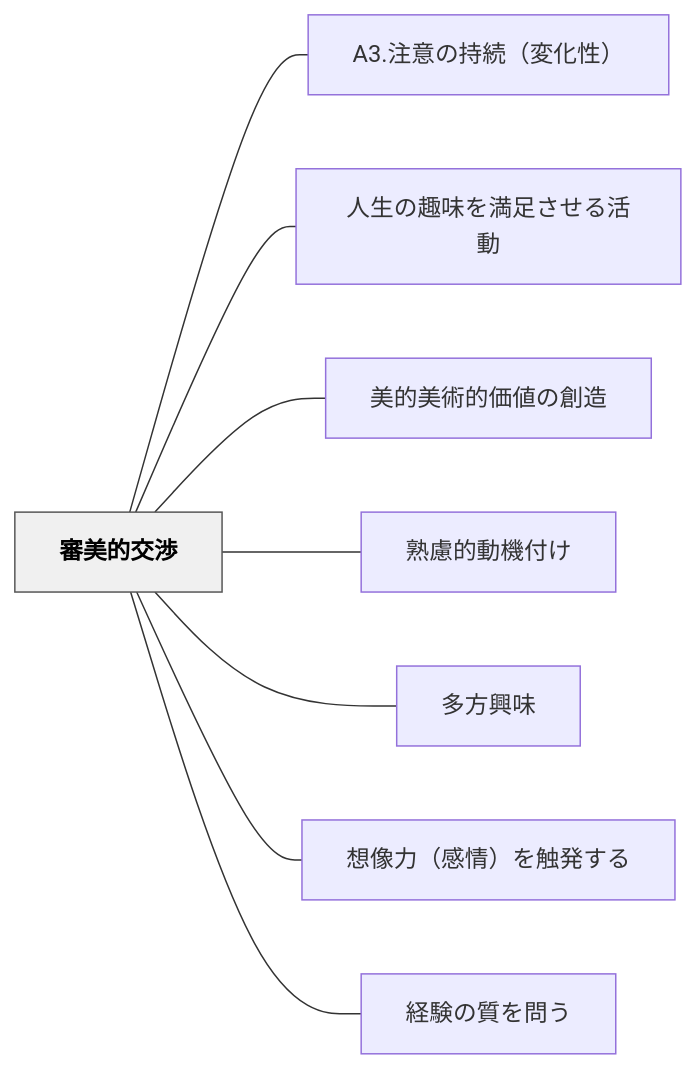
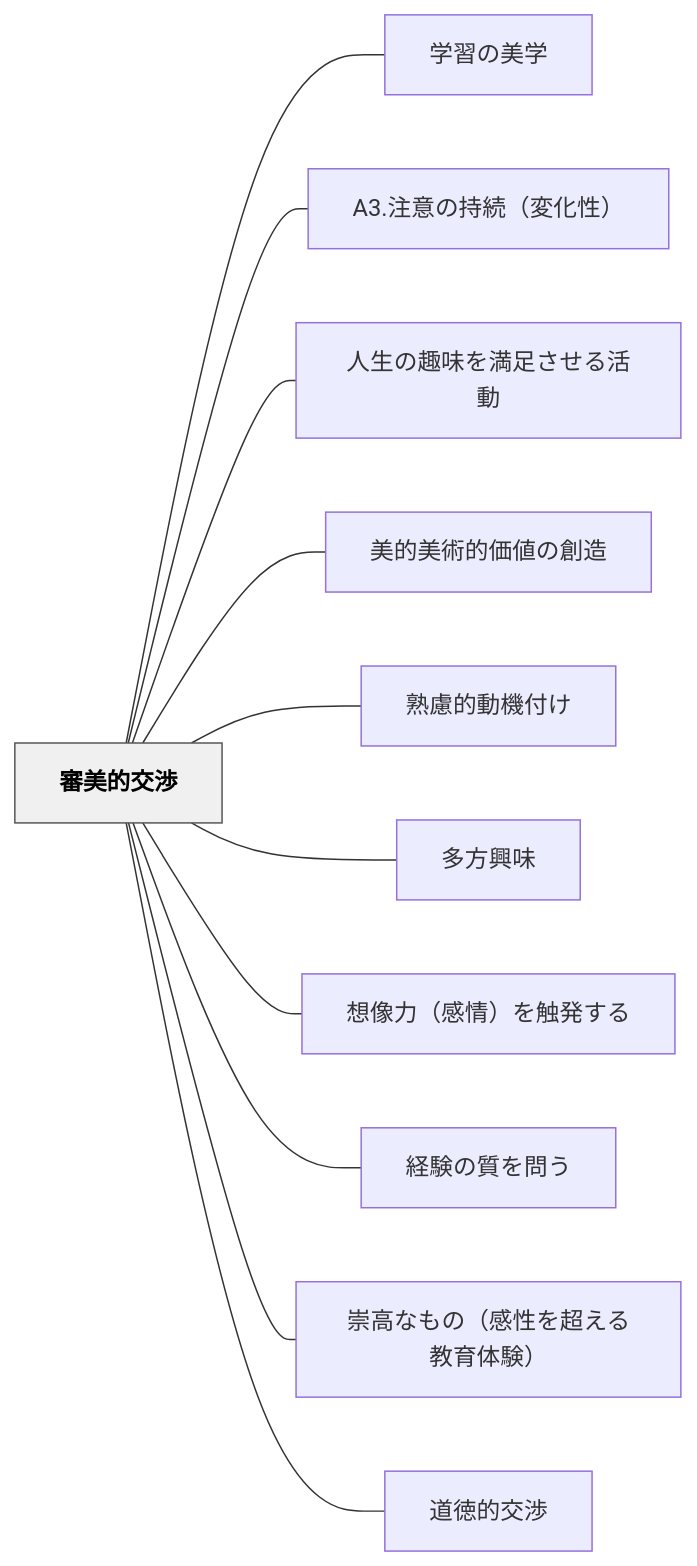
Before and after one commit to unknownthings-ed-patterns/unknownthings-ed-patterns: the diagram in content/パタン/審美的交渉.md, drawn with Mermaid. The commit also changed other lines of this file and 14 other files, not shown here.

````diff
--- a/content/パタン/審美的交渉.md
+++ b/content/パタン/審美的交渉.md
@@ -37,22 +51,28 @@
 ```mermaid
 flowchart LR
     ne5afa9e7be8ee79a84e4baa4e6b889["審美的交渉"]
+    ne5ada6e7bf92e381aee7be8ee5ada6["学習の美学"]
     n41332ee6b3a8e6848fe381aee68c81e7b69aefbc88e5a489e58c96e680a7efbc89["A3.注意の持続（変化性）"]
     ne4babae7949fe381aee8b6a3e591b3e38292e6ba80e8b6b3e38195e3819be3828be6b4bbe58b95["人生の趣味を満足させる活動"]
     ne7be8ee79a84e7be8ee8a193e79a84e4bea1e580a4e381aee589b5e980a0["美的美術的価値の創造"]
     ne7869fe685aee79a84e58b95e6a99fe4bb98e38191["熟慮的動機付け"]
     ne5a49ae696b9e88888e591b3["多方興味"]
     ne683b3e5838fe58a9befbc88e6849fe68385efbc89e38292e8a7a6e799bae38199e3828b["想像力（感情）を触発する"]
     ne7b58ce9a893e381aee8b3aae38292e5958fe38186["経験の質を問う"]
+    ne5b487e9ab98e381aae38282e381aeefbc88e6849fe680a7e38292e8b685e38188e3828be69599e882b2e4bd93e9a893efbc89["崇高なもの（感性を超える教育体験）"]
+    ne98193e5beb3e79a84e4baa4e6b889["道徳的交渉"]
 
+    ne5afa9e7be8ee79a84e4baa4e6b889 --- ne5ada6e7bf92e381aee7be8ee5ada6
     ne5afa9e7be8ee79a84e4baa4e6b889 --- n41332ee6b3a8e6848fe381aee68c81e7b69aefbc88e5a489e58c96e680a7efbc89
     ne5afa9e7be8ee79a84e4baa4e6b889 --- ne4babae7949fe381aee8b6a3e591b3e38292e6ba80e8b6b3e38195e3819be3828be6b4bbe58b95
     ne5afa9e7be8ee79a84e4baa4e6b889 --- ne7be8ee79a84e7be8ee8a193e79a84e4bea1e580a4e381aee589b5e980a0
     ne5afa9e7be8ee79a84e4baa4e6b889 --- ne7869fe685aee79a84e58b95e6a99fe4bb98e38191
     ne5afa9e7be8ee79a84e4baa4e6b889 --- ne5a49ae696b9e88888e591b3
     ne5afa9e7be8ee79a84e4baa4e6b889 --- ne683b3e5838fe58a9befbc88e6849fe68385efbc89e38292e8a7a6e799bae38199e3828b
     ne5afa9e7be8ee79a84e4baa4e6b889 --- ne7b58ce9a893e381aee8b3aae38292e5958fe38186
+    ne5afa9e7be8ee79a84e4baa4e6b889 --- ne5b487e9ab98e381aae38282e381aeefbc88e6849fe680a7e38292e8b685e38188e3828be69599e882b2e4bd93e9a893efbc89
+    ne5afa9e7be8ee79a84e4baa4e6b889 --- ne98193e5beb3e79a84e4baa4e6b889
 
     classDef hub fill:#f0f0f0,stroke:#555,color:#000,font-weight:bold
     class ne5afa9e7be8ee79a84e4baa4e6b889 hub
 ```
````
